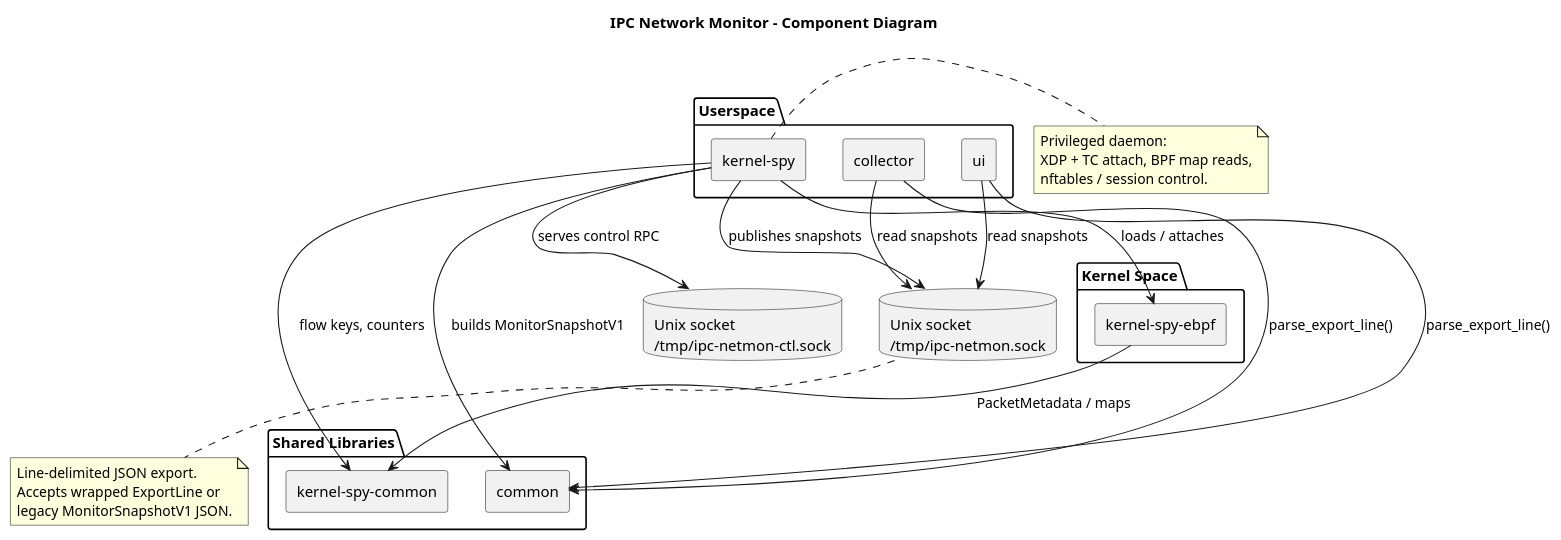
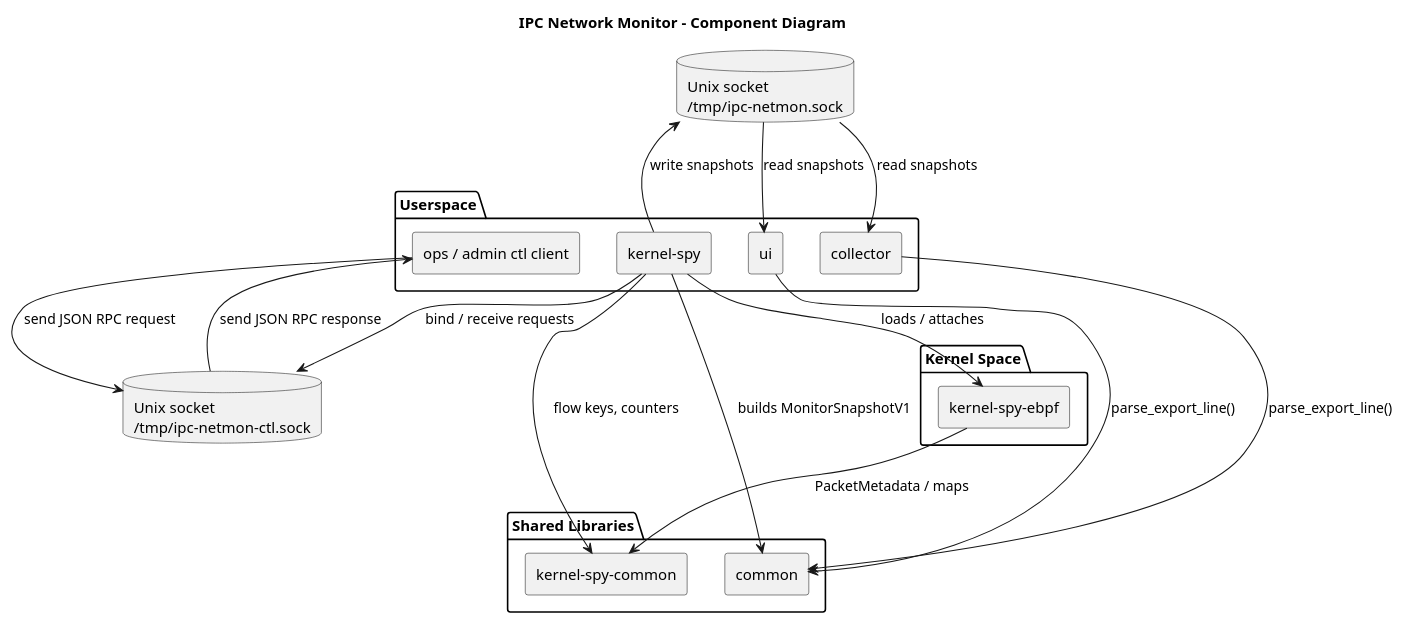
Before and after one commit to jacquesjeanelia/ipc-network-monitor: the diagram in docs/uml/component.puml, drawn with PlantUML. The commit also changed 2 other files, not shown here.

Commit message:
UML updates

```diff
--- a/docs/uml/component.puml
+++ b/docs/uml/component.puml
@@ -1,50 +1,42 @@
 @startuml
 title IPC Network Monitor - Component Diagram
 
 skinparam componentStyle rectangle
 skinparam shadowing false
 
 package "Userspace" {
   [kernel-spy] as kernel_spy
   [collector] as collector
   [ui] as ui
+  [ops / admin ctl client] as ctl_client
 }
 
 package "Shared Libraries" {
   [common] as common
   [kernel-spy-common] as kernel_spy_common
 }
 
 package "Kernel Space" {
   [kernel-spy-ebpf] as kernel_spy_ebpf
 }
 
 database "Unix socket\n/tmp/ipc-netmon.sock" as export_socket
 database "Unix socket\n/tmp/ipc-netmon-ctl.sock" as control_socket
 
 kernel_spy --> kernel_spy_ebpf : loads / attaches
 kernel_spy --> kernel_spy_common : flow keys, counters
 kernel_spy --> common : builds MonitorSnapshotV1
-kernel_spy --> export_socket : publishes snapshots
-kernel_spy --> control_socket : serves control RPC
+kernel_spy --> export_socket : write snapshots
+export_socket --> collector : read snapshots
+export_socket --> ui : read snapshots
 
-collector --> export_socket : read snapshots
-ui --> export_socket : read snapshots
+kernel_spy --> control_socket : bind / receive requests
+ctl_client --> control_socket : send JSON RPC request
+control_socket --> ctl_client : send JSON RPC response
 collector --> common : parse_export_line()
 ui --> common : parse_export_line()
 
 kernel_spy_ebpf --> kernel_spy_common : PacketMetadata / maps
 
-note right of kernel_spy
-Privileged daemon:
-XDP + TC attach, BPF map reads,
-nftables / session control.
-end note
-
-note bottom of export_socket
-Line-delimited JSON export.
-Accepts wrapped ExportLine or
-legacy MonitorSnapshotV1 JSON.
-end note
 
 @enduml
```
